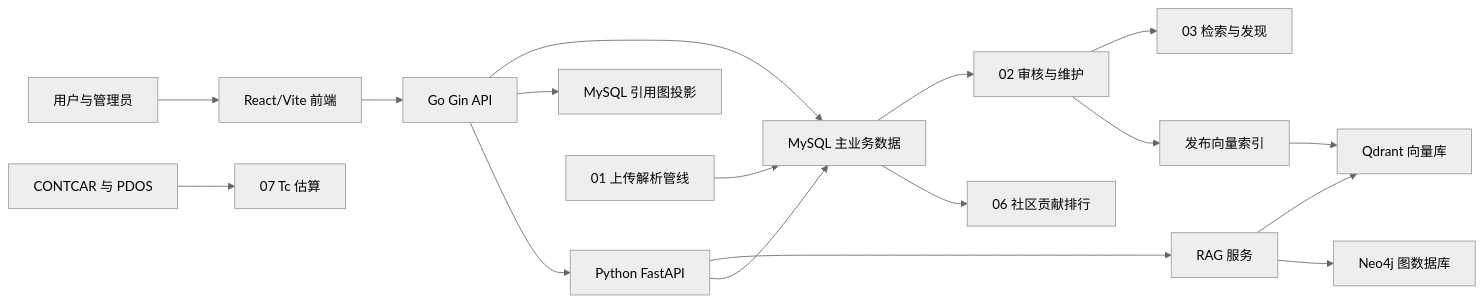
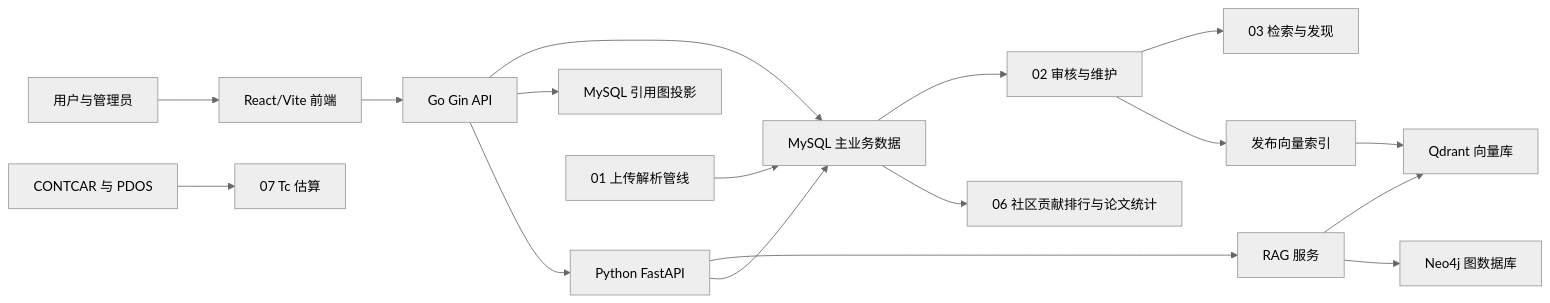
Before and after one commit to JLU-ICCMS-MaYuan/SC-Wiki: the diagram in docs/overview/README.md, drawn with Mermaid (neutral theme). The commit also changed other lines of this file and 19 other files, not shown here.

````diff
--- a/docs/overview/README.md
+++ b/docs/overview/README.md
@@ -33,18 +33,18 @@
 ```mermaid
 flowchart LR
     U["用户与管理员"] --> FE["React/Vite 前端"]
     FE --> GO["Go Gin API"]
     GO --> DB["MySQL 主业务数据"]
     GO --> KGDB["MySQL 引用图投影"]
     GO --> PY["Python FastAPI"]
     PY --> RAG["RAG 服务"]
     RAG --> QD["Qdrant 向量库"]
     RAG --> NEO["Neo4j 图数据库"]
     PY --> DB
     UP["01 上传解析管线"] --> DB
     DB --> RV["02 审核与维护"]
     RV --> Q["03 检索与发现"]
     RV --> PUB["发布向量索引"] --> QD
-    DB --> V["06 社区贡献排行"]
+    DB --> V["06 社区贡献排行与论文统计"]
     F["CONTCAR 与 PDOS"] --> T["07 Tc 估算"]
 ```
````
